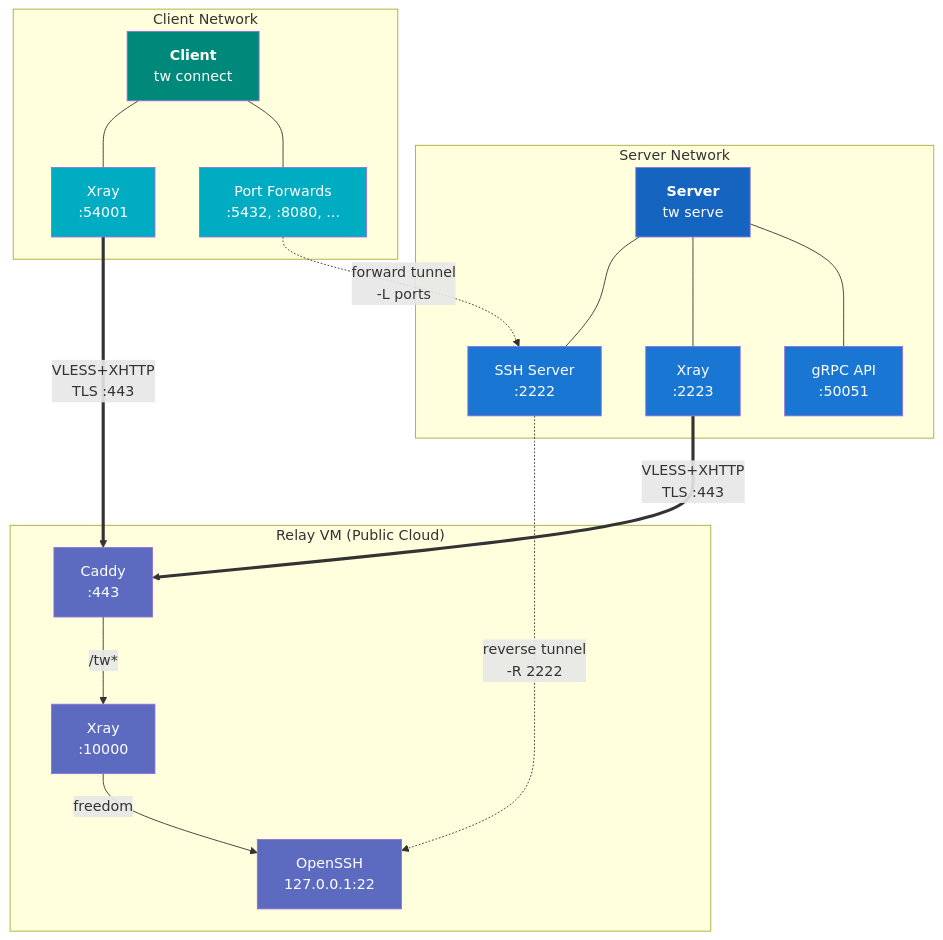
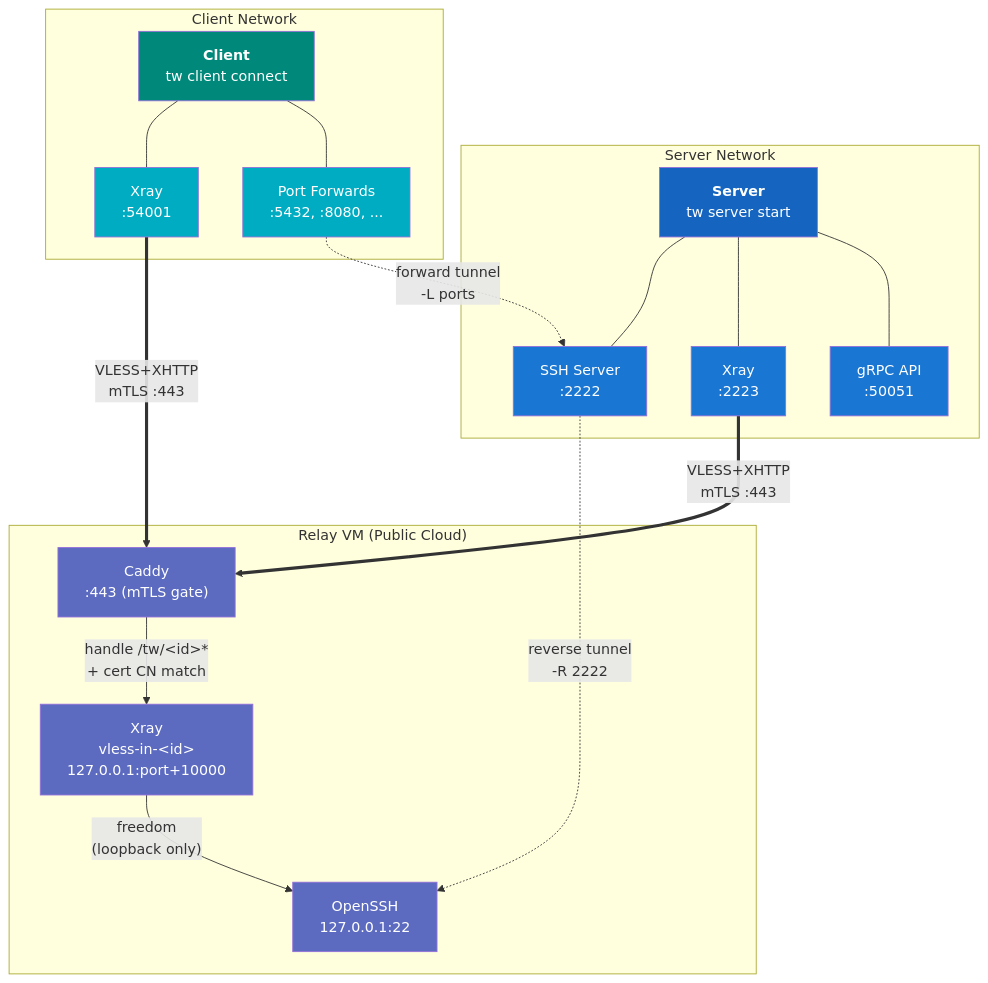
The first of 2 diagrams in docs/architecture/building-blocks.md (Tunnel-Whisperer/Tunnel-Whisperer), drawn with Mermaid before and after one commit. The commit also changed other lines of this file and 45 other files, not shown here.

````diff
--- a/docs/architecture/building-blocks.md
+++ b/docs/architecture/building-blocks.md
@@ -5,44 +5,44 @@
 ```mermaid
 graph TB
     subgraph SN["Server Network"]
-        S["<b>Server</b><br/>tw serve"]
+        S["<b>Server</b><br/>tw server start"]
         SSHD["SSH Server<br/>:2222"]
         XS["Xray<br/>:2223"]
         API["gRPC API<br/>:50051"]
         S --- SSHD
         S --- XS
         S --- API
     end
 
     subgraph RELAY["Relay VM (Public Cloud)"]
-        CADDY["Caddy<br/>:443"]
-        XR["Xray<br/>:10000"]
+        CADDY["Caddy<br/>:443 (mTLS gate)"]
+        XR["Xray<br/>vless-in-&lt;id&gt;<br/>127.0.0.1:port+10000"]
         OSSH["OpenSSH<br/>127.0.0.1:22"]
-        CADDY -->|"/tw*"| XR
-        XR -->|freedom| OSSH
+        CADDY -->|"handle /tw/&lt;id&gt;*<br/>+ cert CN match"| XR
+        XR -->|"freedom<br/>(loopback only)"| OSSH
     end
 
     subgraph CN["Client Network"]
-        CL["<b>Client</b><br/>tw connect"]
+        CL["<b>Client</b><br/>tw client connect"]
         XC["Xray<br/>:54001"]
         FWD["Port Forwards<br/>:5432, :8080, ..."]
         CL --- XC
         CL --- FWD
     end
 
-    XS ==>|"VLESS+XHTTP<br/>TLS :443"| CADDY
-    XC ==>|"VLESS+XHTTP<br/>TLS :443"| CADDY
+    XS ==>|"VLESS+XHTTP<br/>mTLS :443"| CADDY
+    XC ==>|"VLESS+XHTTP<br/>mTLS :443"| CADDY
     SSHD -.->|"reverse tunnel<br/>-R 2222"| OSSH
     FWD -.->|"forward tunnel<br/>-L ports"| SSHD
 
     style S fill:#1565C0,color:#fff
     style CL fill:#00897B,color:#fff
     style CADDY fill:#5C6BC0,color:#fff
     style XR fill:#5C6BC0,color:#fff
     style OSSH fill:#5C6BC0,color:#fff
     style SSHD fill:#1976D2,color:#fff
     style XS fill:#1976D2,color:#fff
     style API fill:#1976D2,color:#fff
     style XC fill:#00ACC1,color:#fff
     style FWD fill:#00ACC1,color:#fff
 ```
````
